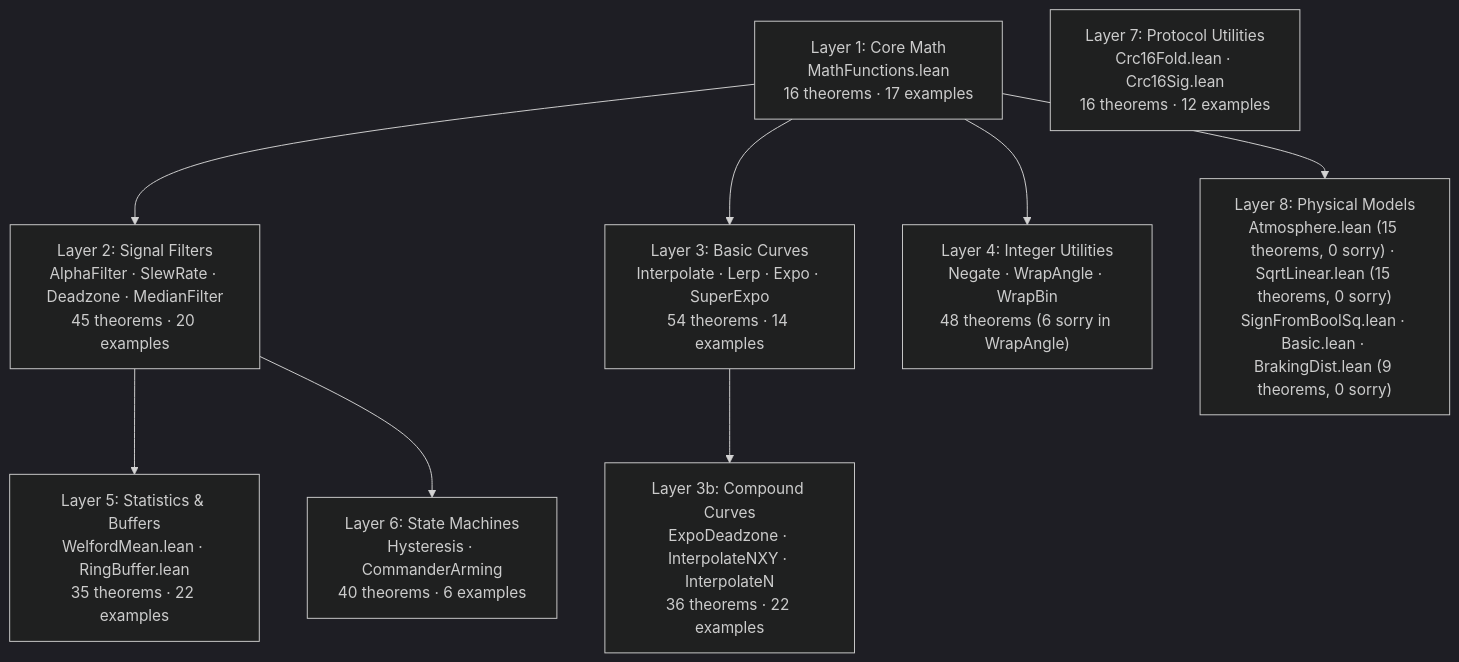
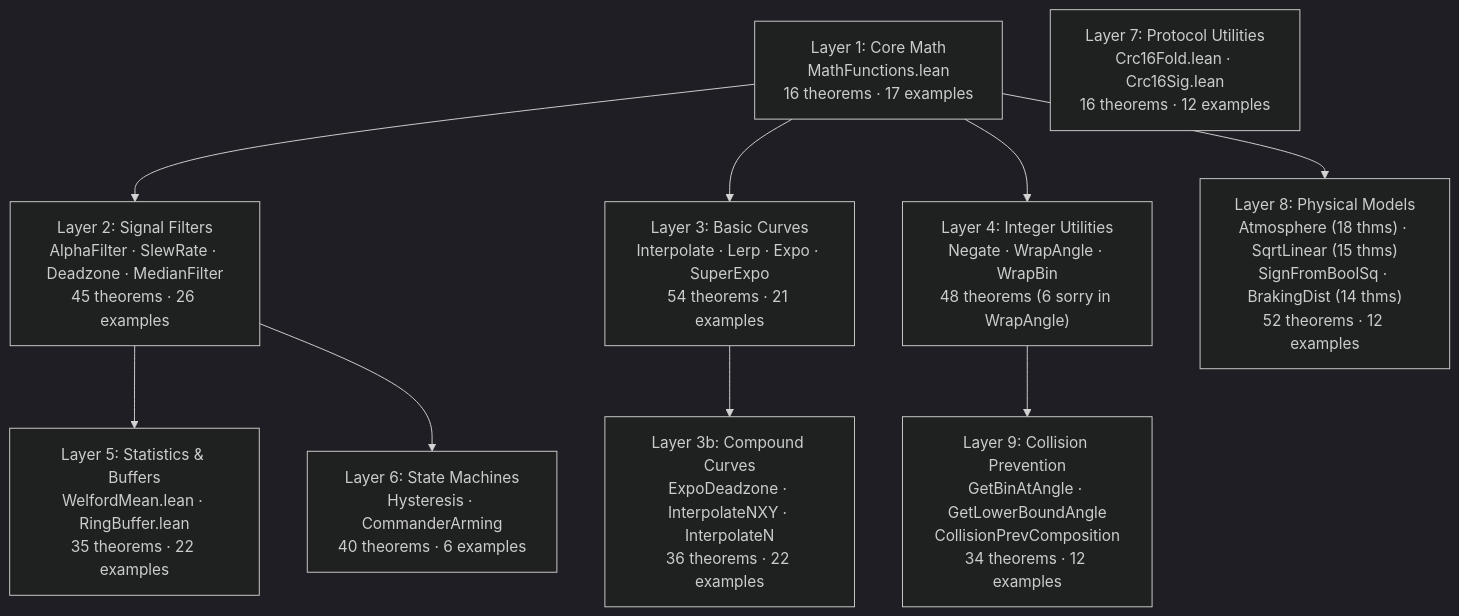
Before and after one commit to fsprojects/PX4-Autopilot: the first of 15 diagrams in formal-verification/REPORT.md, drawn with Mermaid (dark theme). The commit also changed other lines of this file and 4 other files, not shown here.

````diff
--- a/formal-verification/REPORT.md
+++ b/formal-verification/REPORT.md
@@ -40,19 +42,21 @@
 ```mermaid
 graph TD
     L1["Layer 1: Core Math<br/>MathFunctions.lean<br/>16 theorems · 17 examples"]
-    L2a["Layer 2: Signal Filters<br/>AlphaFilter · SlewRate · Deadzone · MedianFilter<br/>45 theorems · 20 examples"]
-    L2b["Layer 3: Basic Curves<br/>Interpolate · Lerp · Expo · SuperExpo<br/>54 theorems · 14 examples"]
+    L2a["Layer 2: Signal Filters<br/>AlphaFilter · SlewRate · Deadzone · MedianFilter<br/>45 theorems · 26 examples"]
+    L2b["Layer 3: Basic Curves<br/>Interpolate · Lerp · Expo · SuperExpo<br/>54 theorems · 21 examples"]
     L2c["Layer 3b: Compound Curves<br/>ExpoDeadzone · InterpolateNXY · InterpolateN<br/>36 theorems · 22 examples"]
     L4["Layer 4: Integer Utilities<br/>Negate · WrapAngle · WrapBin<br/>48 theorems (6 sorry in WrapAngle)"]
     L5["Layer 5: Statistics & Buffers<br/>WelfordMean.lean · RingBuffer.lean<br/>35 theorems · 22 examples"]
     L6["Layer 6: State Machines<br/>Hysteresis · CommanderArming<br/>40 theorems · 6 examples"]
     L7["Layer 7: Protocol Utilities<br/>Crc16Fold.lean · Crc16Sig.lean<br/>16 theorems · 12 examples"]
-    L8["Layer 8: Physical Models<br/>Atmosphere.lean (15 theorems, 0 sorry) · SqrtLinear.lean (15 theorems, 0 sorry)<br/>SignFromBoolSq.lean · Basic.lean · BrakingDist.lean (9 theorems, 0 sorry)"]
+    L8["Layer 8: Physical Models<br/>Atmosphere (18 thms) · SqrtLinear (15 thms)<br/>SignFromBoolSq · BrakingDist (14 thms)<br/>52 theorems · 12 examples"]
+    L9["Layer 9: Collision Prevention<br/>GetBinAtAngle · GetLowerBoundAngle<br/>CollisionPrevComposition<br/>34 theorems · 12 examples"]
     L1 --> L2a
     L1 --> L2b
     L2b --> L2c
     L1 --> L4
     L2a --> L5
     L2a --> L6
     L1 --> L8
+    L4 --> L9
 ```
````
